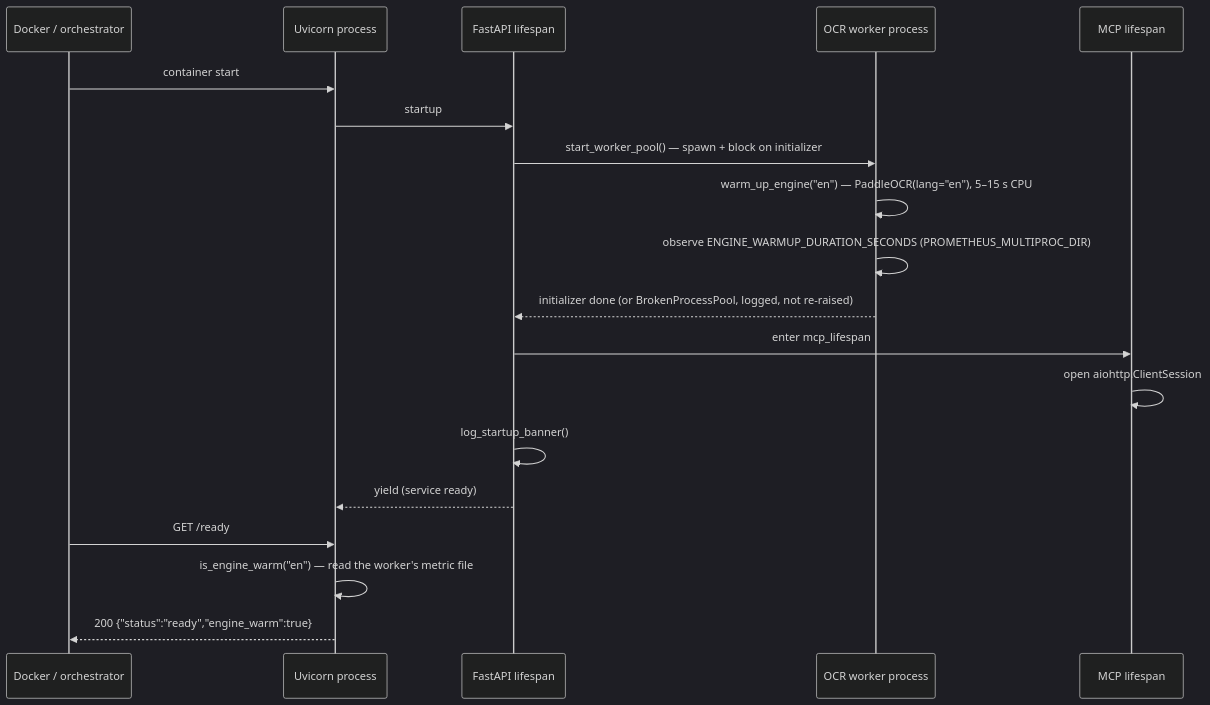
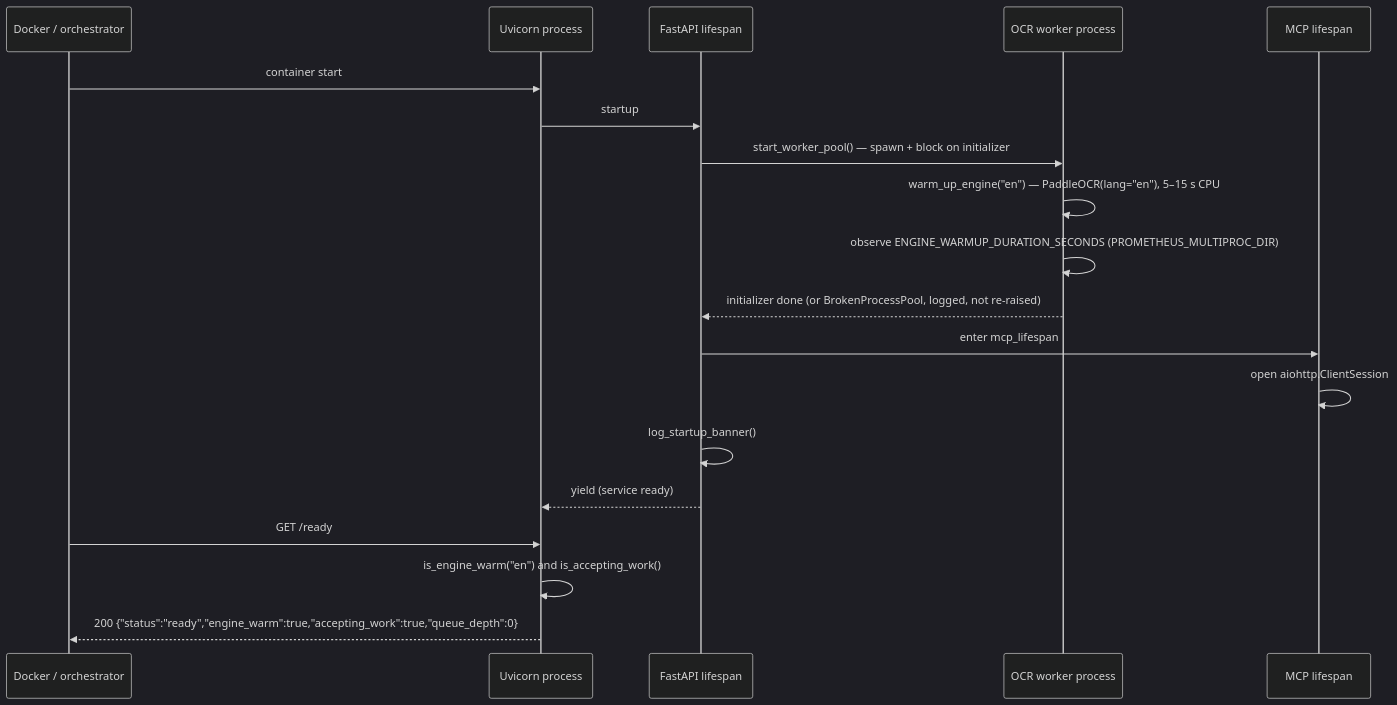
The first of 4 diagrams in PaddleOCR/docs/architecture/arc42/06-runtime-view.md (Lukk17/AscendAI), drawn with Mermaid (dark theme) before and after one commit. The commit also changed other lines of this file and 32 other files, not shown here.

````diff
--- a/PaddleOCR/docs/architecture/arc42/06-runtime-view.md
+++ b/PaddleOCR/docs/architecture/arc42/06-runtime-view.md
@@ -7,22 +7,22 @@
 ```mermaid
 sequenceDiagram
     participant Docker as Docker / orchestrator
     participant Uvicorn as Uvicorn process
     participant Lifespan as FastAPI lifespan
     participant Pool as OCR worker process
     participant MCPLife as MCP lifespan
 
     Docker->>Uvicorn: container start
     Uvicorn->>Lifespan: startup
     Lifespan->>Pool: start_worker_pool() — spawn + block on initializer
     Pool->>Pool: warm_up_engine("en") — PaddleOCR(lang="en"), 5–15 s CPU
     Pool->>Pool: observe ENGINE_WARMUP_DURATION_SECONDS (PROMETHEUS_MULTIPROC_DIR)
     Pool-->>Lifespan: initializer done (or BrokenProcessPool, logged, not re-raised)
     Lifespan->>MCPLife: enter mcp_lifespan
     MCPLife->>MCPLife: open aiohttp.ClientSession
     Lifespan->>Lifespan: log_startup_banner()
     Lifespan-->>Uvicorn: yield (service ready)
     Docker->>Uvicorn: GET /ready
-    Uvicorn->>Uvicorn: is_engine_warm("en") — read the worker's metric file
-    Uvicorn-->>Docker: 200 {"status":"ready","engine_warm":true}
+    Uvicorn->>Uvicorn: is_engine_warm("en") and is_accepting_work()
+    Uvicorn-->>Docker: 200 {"status":"ready","engine_warm":true,"accepting_work":true,"queue_depth":0}
 ```
````
